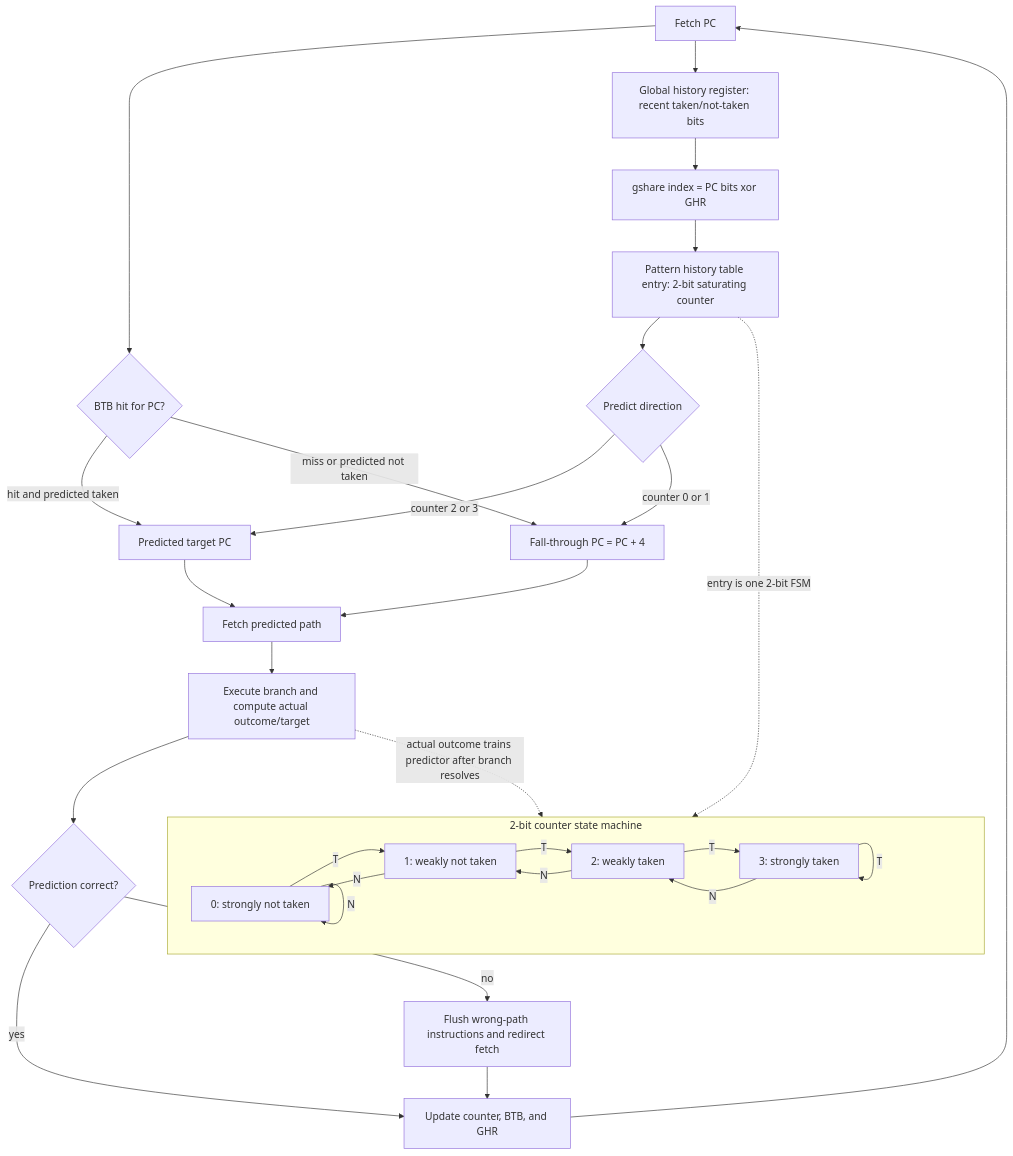
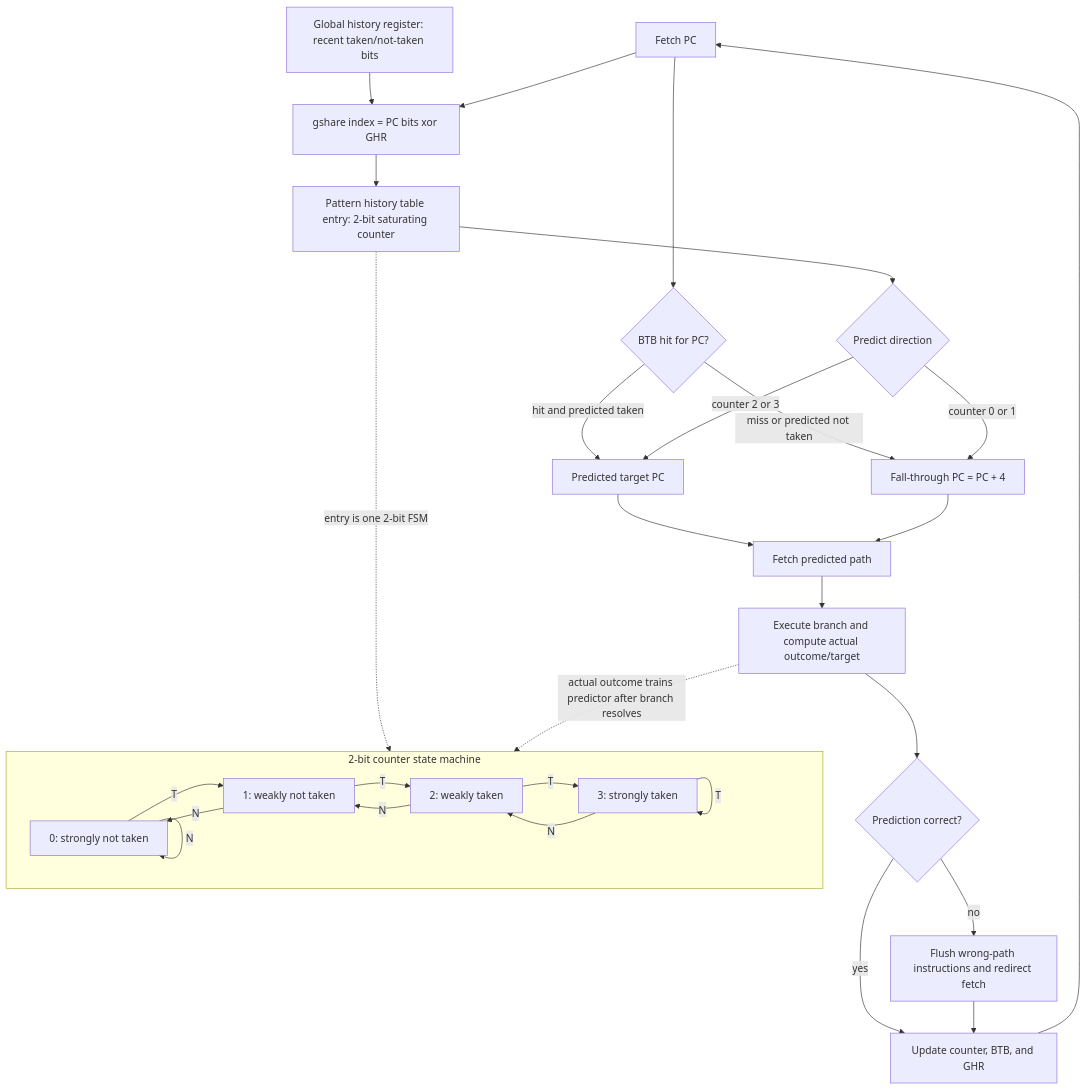
One commit to justinbrianhwang/SJ-wiki changed the diagram in docs/cs/computer-architecture/branch-prediction.md. Above: the diagram before and after it, drawn with Mermaid. The commit also changed other lines of this file and 955 other files, not shown here.

````diff
--- a/docs/cs/computer-architecture/branch-prediction.md
+++ b/docs/cs/computer-architecture/branch-prediction.md
@@ -64,35 +62,35 @@
 ```mermaid
 flowchart TB
   PC["Fetch PC"] --> BTB{"BTB hit for PC?"}
-  PC --> GHR["Global history register: recent taken/not-taken bits"]
-  GHR --> XOR["gshare index = PC bits xor GHR"]
+  GHR["Global history register: recent taken/not-taken bits"] --> XOR
+  PC --> XOR["gshare index = PC bits xor GHR"]
   XOR --> PHT["Pattern history table entry: 2-bit saturating counter"]
   PHT --> Dir{"Predict direction"}
   BTB -- "hit and predicted taken" --> Target["Predicted target PC"]
   BTB -- "miss or predicted not taken" --> Fall["Fall-through PC = PC + 4"]
   Dir -- "counter 2 or 3" --> Target
   Dir -- "counter 0 or 1" --> Fall
   Target --> Fetch["Fetch predicted path"]
   Fall --> Fetch
   Fetch --> Resolve["Execute branch and compute actual outcome/target"]
   Resolve --> Correct{"Prediction correct?"}
   Correct -- "yes" --> Update["Update counter, BTB, and GHR"]
   Correct -- "no" --> Flush["Flush wrong-path instructions and redirect fetch"]
   Flush --> Update
   Update --> PC
 
   subgraph CounterFSM["2-bit counter state machine"]
     direction LR
     SN["0: strongly not taken"] -- "T" --> WN["1: weakly not taken"]
     WN -- "T" --> WT["2: weakly taken"]
     WT -- "T" --> ST["3: strongly taken"]
     ST -- "N" --> WT
     WT -- "N" --> WN
     WN -- "N" --> SN
     SN -- "N" --> SN
     ST -- "T" --> ST
   end
 
   PHT -. "entry is one 2-bit FSM" .-> CounterFSM
   Resolve -. "actual outcome trains predictor after branch resolves" .-> CounterFSM
 ```
````
